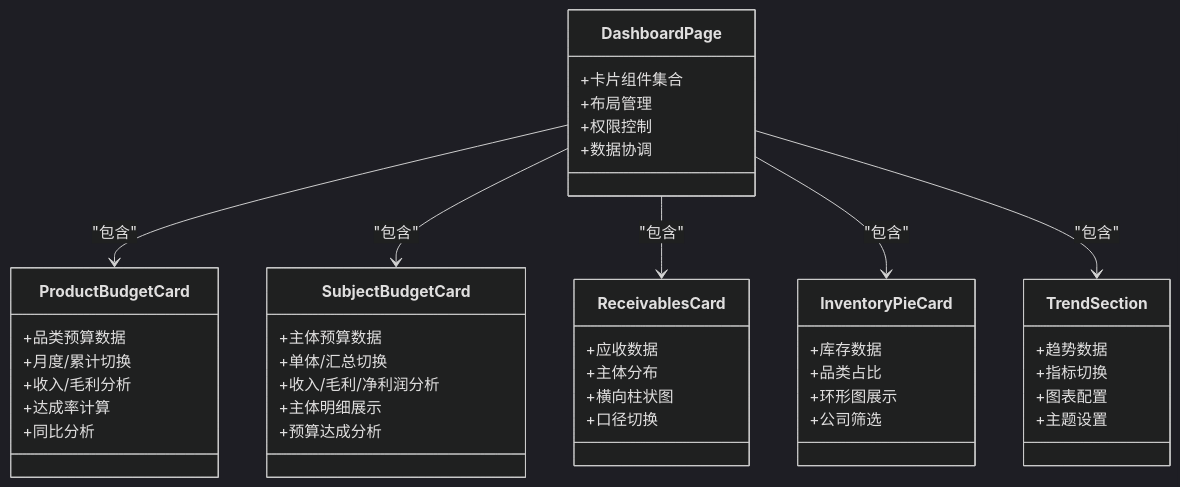
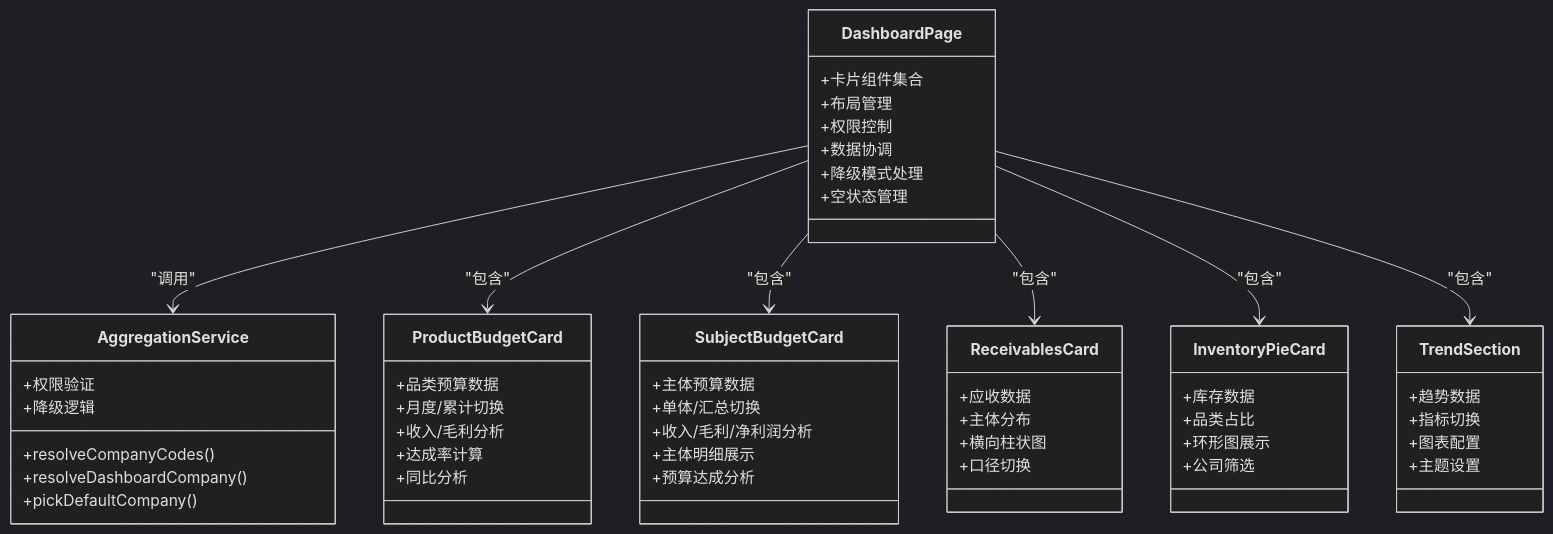
One commit to Damao997/newproject changed the third of 4 diagrams in .qoder/repowiki/zh/content/页面组件/仪表板页面.md. Above: the diagram before and after it, drawn with Mermaid (dark theme). The commit also changed other lines of this file and 24 other files, not shown here.

````diff
--- a/.qoder/repowiki/zh/content/页面组件/仪表板页面.md
+++ b/.qoder/repowiki/zh/content/页面组件/仪表板页面.md
@@ -255,46 +277,56 @@
 ```mermaid
 classDiagram
 class DashboardPage {
 +卡片组件集合
 +布局管理
 +权限控制
 +数据协调
++降级模式处理
++空状态管理
+}
+class AggregationService {
++resolveCompanyCodes()
++resolveDashboardCompany()
++pickDefaultCompany()
++权限验证
++降级逻辑
 }
 class ProductBudgetCard {
 +品类预算数据
 +月度/累计切换
 +收入/毛利分析
 +达成率计算
 +同比分析
 }
 class SubjectBudgetCard {
 +主体预算数据
 +单体/汇总切换
 +收入/毛利/净利润分析
 +主体明细展示
 +预算达成分析
 }
 class ReceivablesCard {
 +应收数据
 +主体分布
 +横向柱状图
 +口径切换
 }
 class InventoryPieCard {
 +库存数据
 +品类占比
 +环形图展示
 +公司筛选
 }
 class TrendSection {
 +趋势数据
 +指标切换
 +图表配置
 +主题设置
 }
+DashboardPage --> AggregationService : "调用"
 DashboardPage --> ProductBudgetCard : "包含"
 DashboardPage --> SubjectBudgetCard : "包含"
 DashboardPage --> ReceivablesCard : "包含"
 DashboardPage --> InventoryPieCard : "包含"
 DashboardPage --> TrendSection : "包含"
 ```
````
